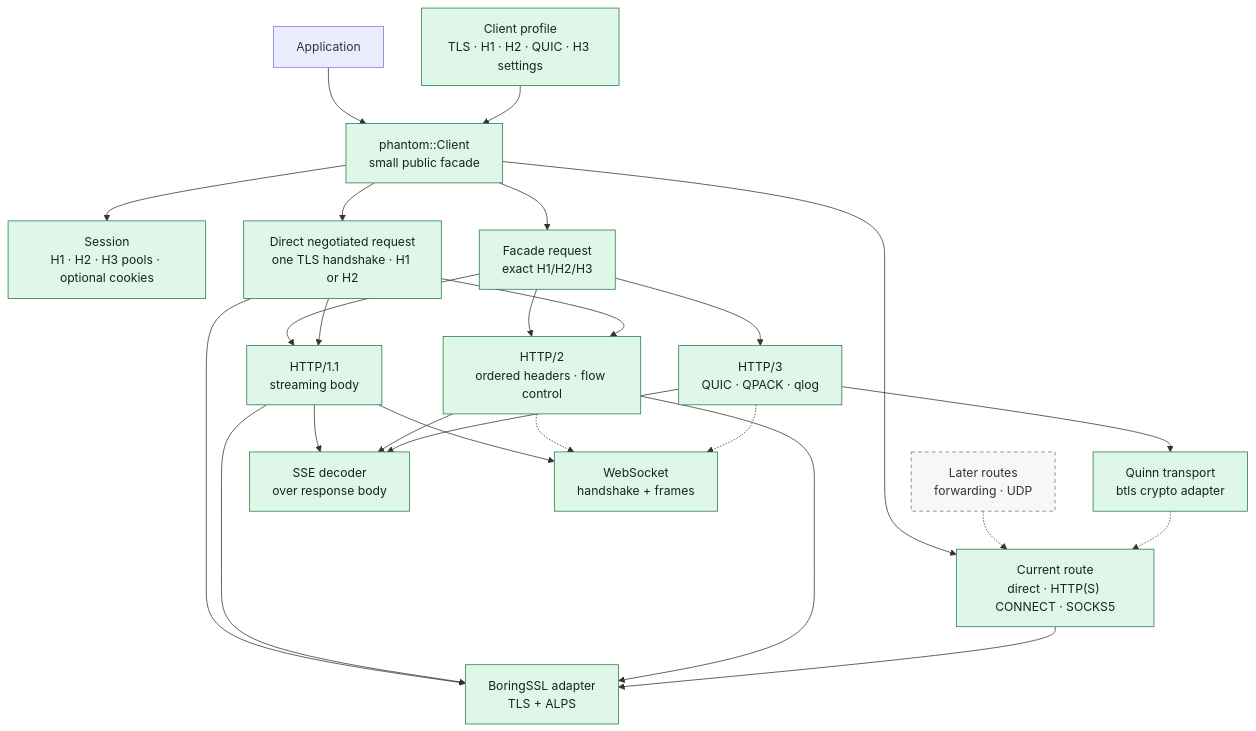
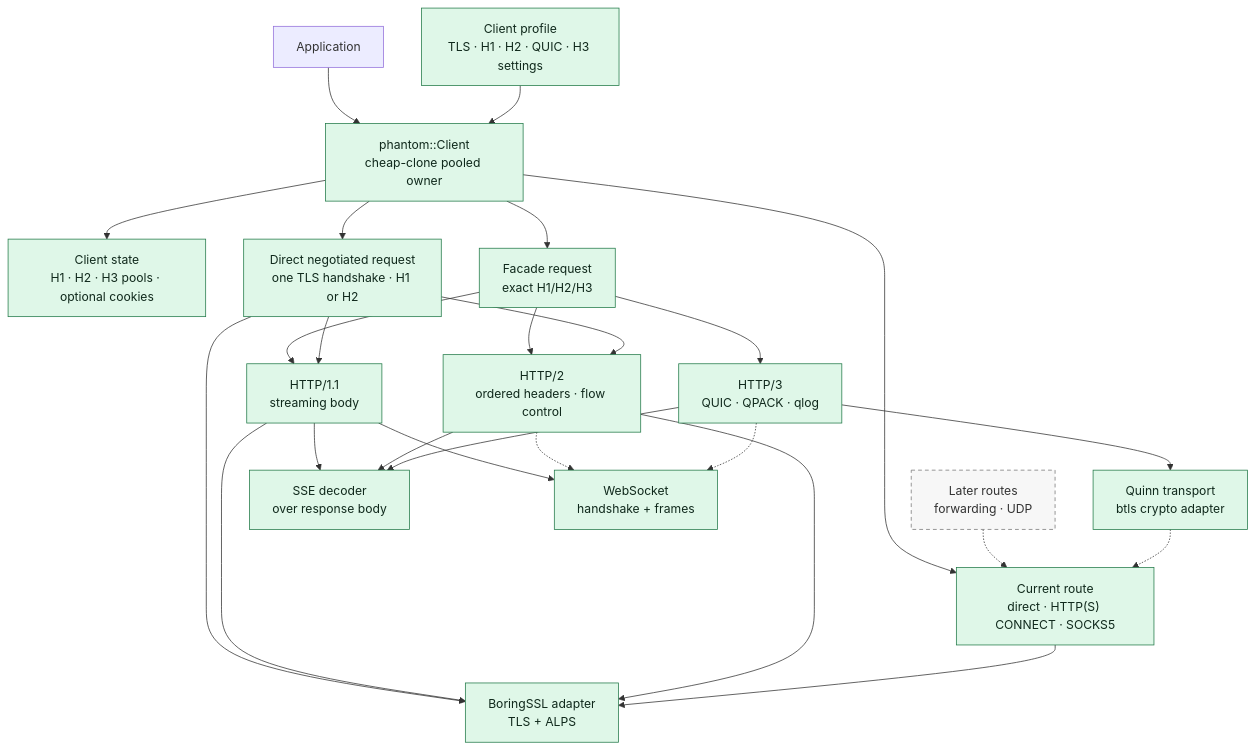
One commit to bywayhq/phantom changed the first of 4 diagrams in docs/architecture.md. Above: the diagram before and after it, drawn with Mermaid. The commit also changed other lines of this file and 41 other files, not shown here.

````diff
--- a/docs/architecture.md
+++ b/docs/architecture.md
@@ -23,49 +23,49 @@
 ```mermaid
 flowchart TB
     User[Application]
-    Client["phantom::Client<br/>small public facade"]
-    Session["Session<br/>H1 · H2 · H3 pools · optional cookies"]
+    Client["phantom::Client<br/>cheap-clone pooled owner"]
+    State["Client state<br/>H1 · H2 · H3 pools · optional cookies"]
     Profile["Client profile<br/>TLS · H1 · H2 · QUIC · H3 settings"]
     Route["Current route<br/>direct · HTTP(S) CONNECT · SOCKS5"]
     FutureRoute["Later routes<br/>forwarding · UDP"]
     FacadeRequest["Facade request<br/>exact H1/H2/H3"]
     NegotiatedRequest["Direct negotiated request<br/>one TLS handshake · H1 or H2"]
 
     H1["HTTP/1.1<br/>streaming body"]
     H2["HTTP/2<br/>ordered headers · flow control"]
     H3["HTTP/3<br/>QUIC · QPACK · qlog"]
     TLS["BoringSSL adapter<br/>TLS + ALPS"]
     QUIC["Quinn transport<br/>btls crypto adapter"]
     SSE["SSE decoder<br/>over response body"]
     WS["WebSocket<br/>handshake + frames"]
 
     User --> Client
     Profile --> Client
     FacadeRequest --> H1
     FacadeRequest --> H2
     FacadeRequest --> H3
-    Client --> Session
+    Client --> State
     Client --> Route
     FutureRoute -.-> Route
     Client --> FacadeRequest
     Client --> NegotiatedRequest
     NegotiatedRequest --> TLS
     NegotiatedRequest --> H1
     NegotiatedRequest --> H2
     H1 --> TLS
     H2 --> TLS
     H3 --> QUIC
     Route --> TLS
     QUIC -.-> Route
     H1 --> SSE
     H2 --> SSE
     H3 --> SSE
     H1 --> WS
     H2 -.-> WS
     H3 -.-> WS
 
     classDef current fill:#dff7e8,stroke:#237a49,color:#10291c
     classDef planned fill:#f7f7f7,stroke:#777,stroke-dasharray:5 4,color:#333
-    class Client,Session,Profile,Route,FacadeRequest,NegotiatedRequest,H1,H2,H3,TLS,QUIC,SSE,WS current
+    class Client,State,Profile,Route,FacadeRequest,NegotiatedRequest,H1,H2,H3,TLS,QUIC,SSE,WS current
     class FutureRoute planned
 ```
````
